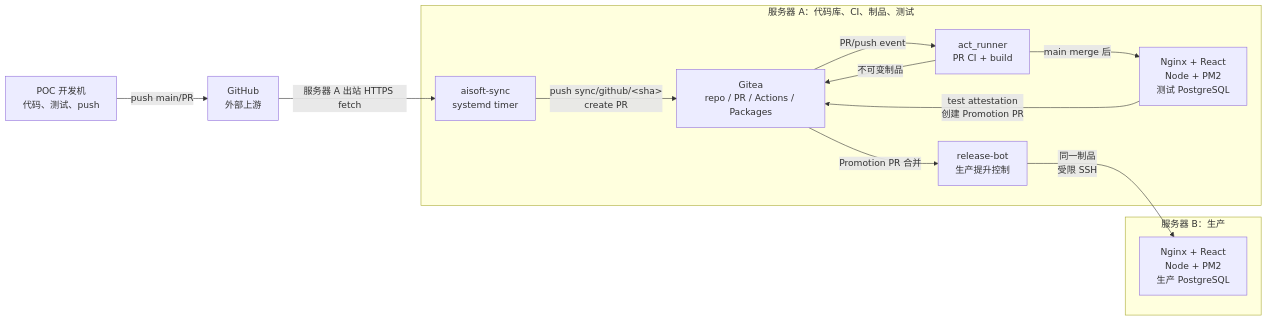
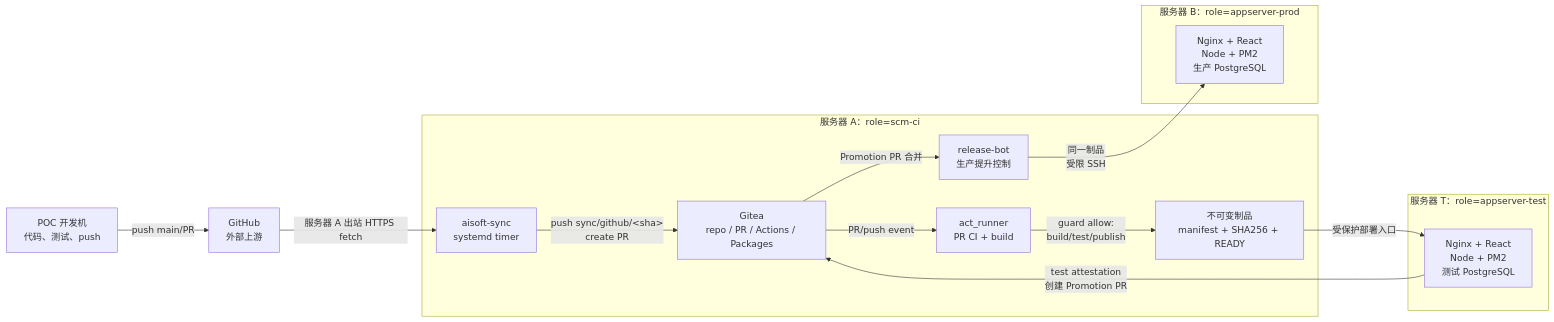
Before and after one commit to BenQue/AIGitea: the first of 2 diagrams in 12-Linux-GitHub-Gitea-双服务器自动部署方案.md, drawn with Mermaid. The commit also changed other lines of this file and 7 other files, not shown here.

````diff
--- a/12-Linux-GitHub-Gitea-双服务器自动部署方案.md
+++ b/12-Linux-GitHub-Gitea-双服务器自动部署方案.md
@@ -44,26 +51,31 @@
 ```mermaid
 flowchart LR
     DEV["POC 开发机<br/>代码、测试、push"] -->|"push main/PR"| GH["GitHub<br/>外部上游"]
 
-    subgraph A["服务器 A：代码库、CI、制品、测试"]
+    subgraph A["服务器 A：role=scm-ci"]
         SYNC["aisoft-sync<br/>systemd timer"]
         GITEA["Gitea<br/>repo / PR / Actions / Packages"]
         RUNNER["act_runner<br/>PR CI + build"]
-        TEST["Nginx + React<br/>Node + PM2<br/>测试 PostgreSQL"]
+        ART["不可变制品<br/>manifest + SHA256 + READY"]
         PROMOTE["release-bot<br/>生产提升控制"]
     end
 
     GH -->|"服务器 A 出站 HTTPS fetch"| SYNC
     SYNC -->|"push sync/github/&lt;sha&gt;<br/>create PR"| GITEA
     GITEA -->|"PR/push event"| RUNNER
-    RUNNER -->|"不可变制品"| GITEA
-    RUNNER -->|"main merge 后"| TEST
+    RUNNER -->|"guard allow:<br/>build/test/publish"| ART
+
+    subgraph T["服务器 T：role=appserver-test"]
+        TEST["Nginx + React<br/>Node + PM2<br/>测试 PostgreSQL"]
+    end
+
+    ART -->|"受保护部署入口"| TEST
     TEST -->|"test attestation<br/>创建 Promotion PR"| GITEA
     GITEA -->|"Promotion PR 合并"| PROMOTE
 
-    subgraph B["服务器 B：生产"]
+    subgraph B["服务器 B：role=appserver-prod"]
         PROD["Nginx + React<br/>Node + PM2<br/>生产 PostgreSQL"]
     end
 
     PROMOTE -->|"同一制品<br/>受限 SSH"| PROD
 ```
````
